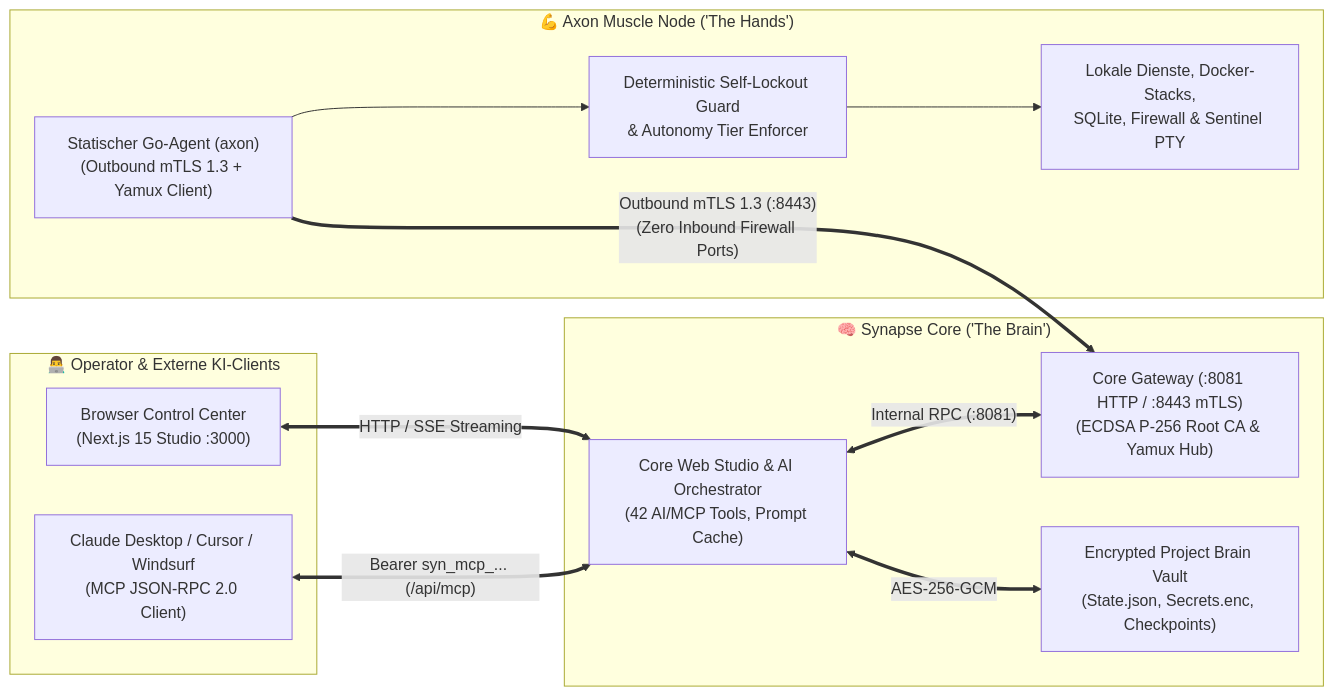
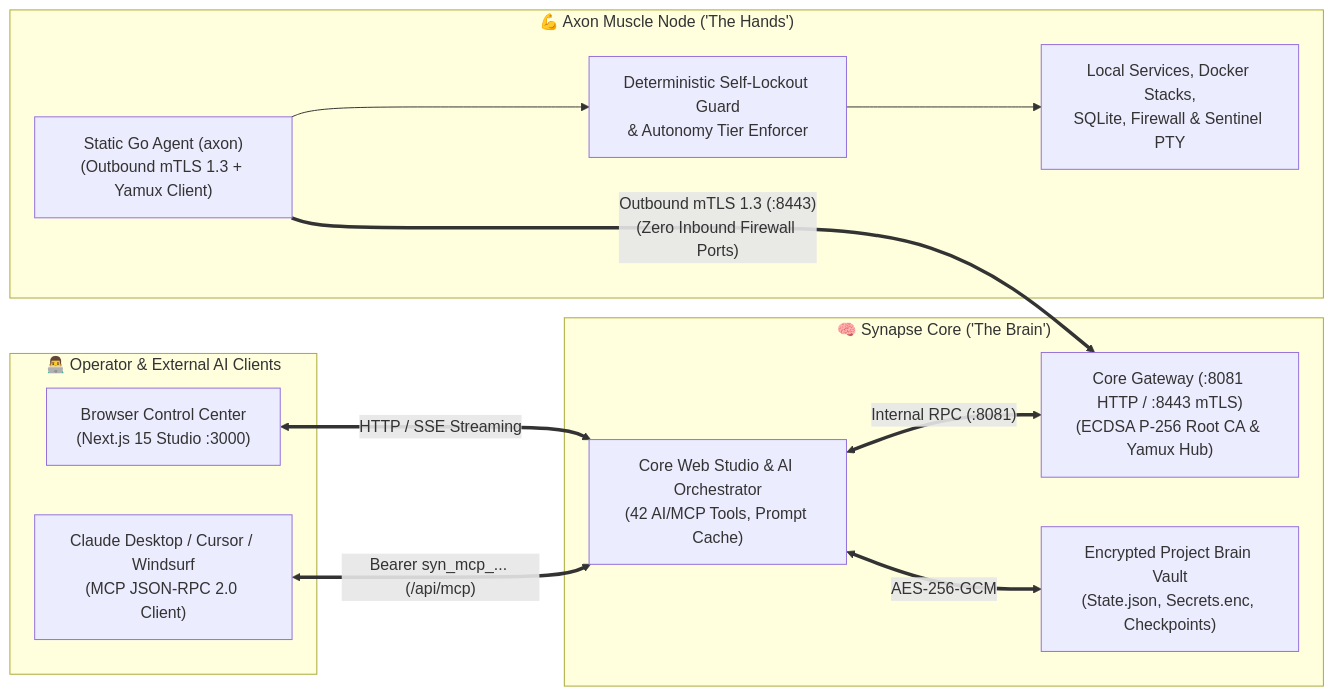
Before and after one commit to SolidStateNetwork/Synapse: the diagram in architecture/00-product-vision.md, drawn with Mermaid. The commit also changed other lines of this file and 35 other files, not shown here.

````diff
--- a/architecture/00-product-vision.md
+++ b/architecture/00-product-vision.md
@@ -19,26 +19,26 @@
 ```mermaid
 flowchart LR
-    subgraph Operators["👨‍💻 Operator & Externe KI-Clients"]
+    subgraph Operators["👨‍💻 Operator & External AI Clients"]
         WebUI["Browser Control Center\n(Next.js 15 Studio :3000)"]
         MCPClient["Claude Desktop / Cursor / Windsurf\n(MCP JSON-RPC 2.0 Client)"]
     end
 
     subgraph Core["🧠 Synapse Core ('The Brain')"]
         Studio["Core Web Studio & AI Orchestrator\n(42 AI/MCP Tools, Prompt Cache)"]
         Vault["Encrypted Project Brain Vault\n(State.json, Secrets.enc, Checkpoints)"]
         Gateway["Core Gateway (:8081 HTTP / :8443 mTLS)\n(ECDSA P-256 Root CA & Yamux Hub)"]
     end
 
     subgraph Muscle["💪 Axon Muscle Node ('The Hands')"]
-        Axon["Statischer Go-Agent (axon)\n(Outbound mTLS 1.3 + Yamux Client)"]
+        Axon["Static Go Agent (axon)\n(Outbound mTLS 1.3 + Yamux Client)"]
         Guard["Deterministic Self-Lockout Guard\n& Autonomy Tier Enforcer"]
-        Runtime["Lokale Dienste, Docker-Stacks,\nSQLite, Firewall & Sentinel PTY"]
+        Runtime["Local Services, Docker Stacks,\nSQLite, Firewall & Sentinel PTY"]
     end
 
     WebUI <==>|"HTTP / SSE Streaming"| Studio
     MCPClient <==>|"Bearer syn_mcp_... (/api/mcp)"| Studio
     Studio <==>|"AES-256-GCM"| Vault
     Studio <==>|"Internal RPC (:8081)"| Gateway
     Axon ===>|"Outbound mTLS 1.3 (:8443)\n(Zero Inbound Firewall Ports)"| Gateway
     Axon --> Guard --> Runtime
 ```
````
